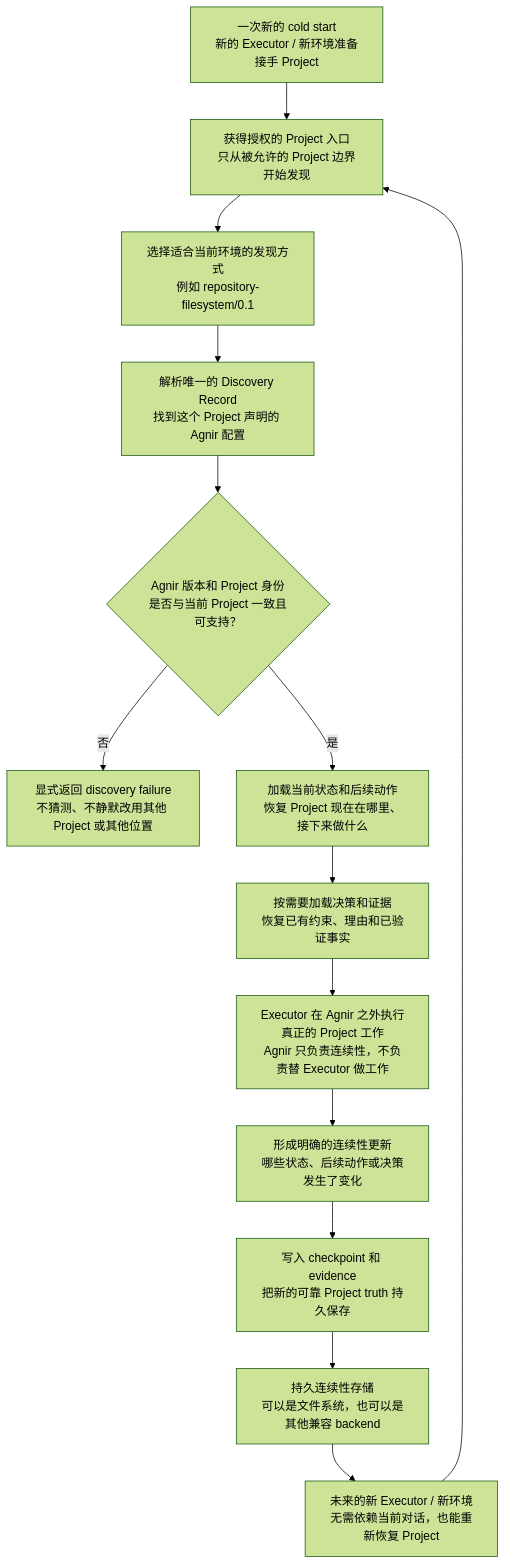
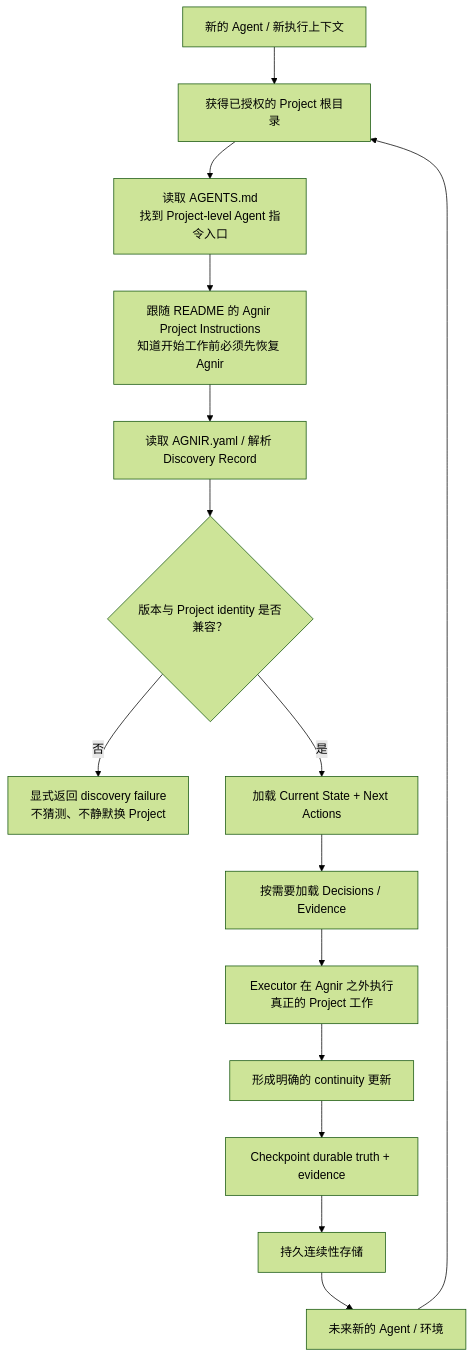
The second of 2 diagrams in README.zh-CN.md (iorLab/agnir), drawn with Mermaid (forest theme) before and after one commit. The commit also changed other lines of this file, not shown here.

Commit message:
docs: persist Agnir activation in Chinese quick start

````diff
--- a/README.zh-CN.md
+++ b/README.zh-CN.md
@@ -95,16 +122,17 @@
 ```mermaid
 flowchart TD
-    C["一次新的 cold start<br/>新的 Executor / 新环境准备接手 Project"] --> P["获得授权的 Project 入口<br/>只从被允许的 Project 边界开始发现"]
-    P --> D["选择适合当前环境的发现方式<br/>例如 repository-filesystem/0.1"]
-    D --> R["解析唯一的 Discovery Record<br/>找到这个 Project 声明的 Agnir 配置"]
-    R --> V{"Agnir 版本和 Project 身份<br/>是否与当前 Project 一致且可支持？"}
-    V -- "否" --> F["显式返回 discovery failure<br/>不猜测、不静默改用其他 Project 或其他位置"]
-    V -- "是" --> L["加载当前状态和后续动作<br/>恢复 Project 现在在哪里、接下来做什么"]
-    L --> Q["按需要加载决策和证据<br/>恢复已有约束、理由和已验证事实"]
-    Q --> W["Executor 在 Agnir 之外执行真正的 Project 工作<br/>Agnir 只负责连续性，不负责替 Executor 做工作"]
-    W --> U["形成明确的连续性更新<br/>哪些状态、后续动作或决策发生了变化"]
-    U --> K["写入 checkpoint 和 evidence<br/>把新的可靠 Project truth 持久保存"]
-    K --> S["持久连续性存储<br/>可以是文件系统，也可以是其他兼容 backend"]
-    S --> N["未来的新 Executor / 新环境<br/>无需依赖当前对话，也能重新恢复 Project"]
+    C["新的 Agent / 新执行上下文"] --> P["获得已授权的 Project 根目录"]
+    P --> A["读取 AGENTS.md<br/>找到 Project-level Agent 指令入口"]
+    A --> I["跟随 README 的 Agnir Project Instructions<br/>知道开始工作前必须先恢复 Agnir"]
+    I --> R["读取 AGNIR.yaml / 解析 Discovery Record"]
+    R --> V{"版本与 Project identity 是否兼容？"}
+    V -- "否" --> F["显式返回 discovery failure<br/>不猜测、不静默换 Project"]
+    V -- "是" --> L["加载 Current State + Next Actions"]
+    L --> Q["按需要加载 Decisions / Evidence"]
+    Q --> W["Executor 在 Agnir 之外执行真正的 Project 工作"]
+    W --> U["形成明确的 continuity 更新"]
+    U --> K["Checkpoint durable truth + evidence"]
+    K --> S["持久连续性存储"]
+    S --> N["未来新的 Agent / 环境"]
     N --> P
 ```
````
